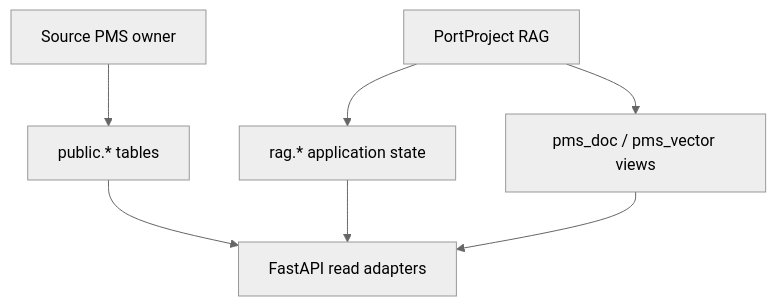
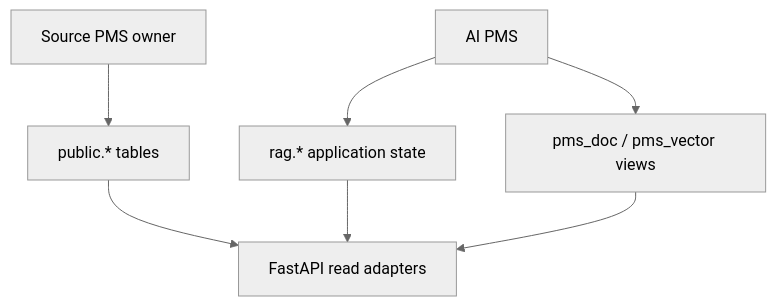
The seventh of 7 diagrams in docs/DIAGRAMS.md (dhananjaynerkar/ai_powered_port_management_system), drawn with Mermaid (neutral theme) before and after one commit. The commit also changed other lines of this file and 103 other files, not shown here.

````diff
--- a/docs/DIAGRAMS.md
+++ b/docs/DIAGRAMS.md
@@ -110,9 +118,9 @@
 ```mermaid
 flowchart TB
   PMS[Source PMS owner] --> Public[public.* tables]
-  Portal[PortProject RAG] --> Rag[rag.* application state]
+  Portal[AI PMS] --> Rag[rag.* application state]
   Portal --> Views[pms_doc / pms_vector views]
   Public --> API[FastAPI read adapters]
   Rag --> API
   Views --> API
 ```
````
